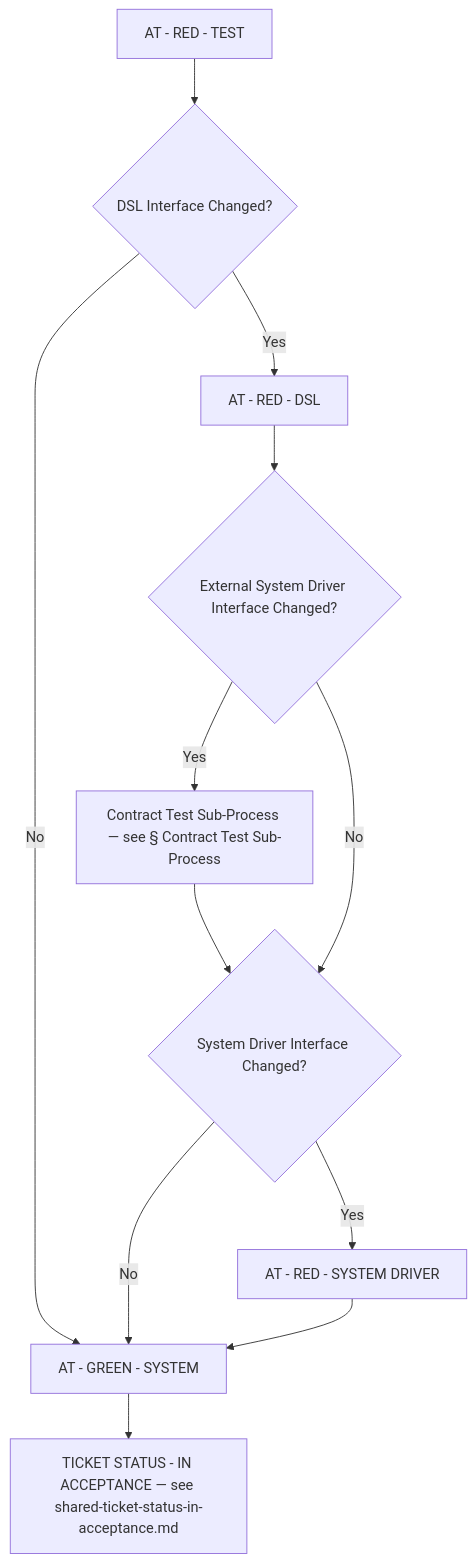
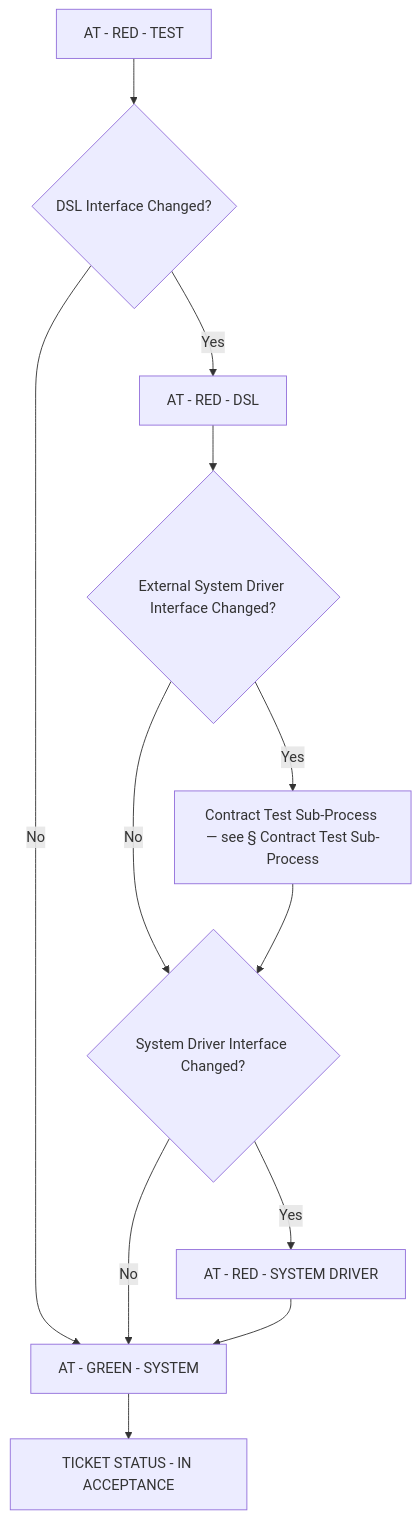
One commit to optivem/starter changed the third of 10 diagrams in docs/atdd/process/diagram-process.md. Above: the diagram before and after it, drawn with Mermaid. The commit also changed other lines of this file and 19 other files, not shown here.

````diff
--- a/docs/atdd/process/diagram-process.md
+++ b/docs/atdd/process/diagram-process.md
@@ -115,24 +114,24 @@
 ```mermaid
 flowchart TD
     AT_RED_TEST[AT - RED - TEST]
-    GATE_DSL{DSL Interface Changed?}
+    DSL_GATE{DSL Interface Changed?}
     AT_RED_DSL[AT - RED - DSL]
-    GATE_EXT{External System Driver Interface Changed?}
+    EXT_GATE{External System Driver Interface Changed?}
     CT_SUB[Contract Test Sub-Process — see § Contract Test Sub-Process]
-    GATE_SYS{System Driver Interface Changed?}
+    SYS_GATE{System Driver Interface Changed?}
     AT_RED_SYS_DRIVER[AT - RED - SYSTEM DRIVER]
-    AT_GREEN_SYSTEM[AT - GREEN - SYSTEM]
-    IN_ACCEPTANCE[TICKET STATUS - IN ACCEPTANCE — see shared-ticket-status-in-acceptance.md]
+    AT_GREEN_SYS[AT - GREEN - SYSTEM]
+    IN_ACCEPTANCE[TICKET STATUS - IN ACCEPTANCE]
 
-    AT_RED_TEST --> GATE_DSL
-    GATE_DSL -->|No| AT_GREEN_SYSTEM
-    GATE_DSL -->|Yes| AT_RED_DSL
-    AT_RED_DSL --> GATE_EXT
-    GATE_EXT -->|Yes| CT_SUB
-    CT_SUB --> GATE_SYS
-    GATE_EXT -->|No| GATE_SYS
-    GATE_SYS -->|No| AT_GREEN_SYSTEM
-    GATE_SYS -->|Yes| AT_RED_SYS_DRIVER
-    AT_RED_SYS_DRIVER --> AT_GREEN_SYSTEM
-    AT_GREEN_SYSTEM --> IN_ACCEPTANCE
+    AT_RED_TEST --> DSL_GATE
+    DSL_GATE -->|No| AT_GREEN_SYS
+    DSL_GATE -->|Yes| AT_RED_DSL
+    AT_RED_DSL --> EXT_GATE
+    EXT_GATE -->|Yes| CT_SUB
+    EXT_GATE -->|No| SYS_GATE
+    CT_SUB --> SYS_GATE
+    SYS_GATE -->|No| AT_GREEN_SYS
+    SYS_GATE -->|Yes| AT_RED_SYS_DRIVER
+    AT_RED_SYS_DRIVER --> AT_GREEN_SYS
+    AT_GREEN_SYS --> IN_ACCEPTANCE
 ```
````
